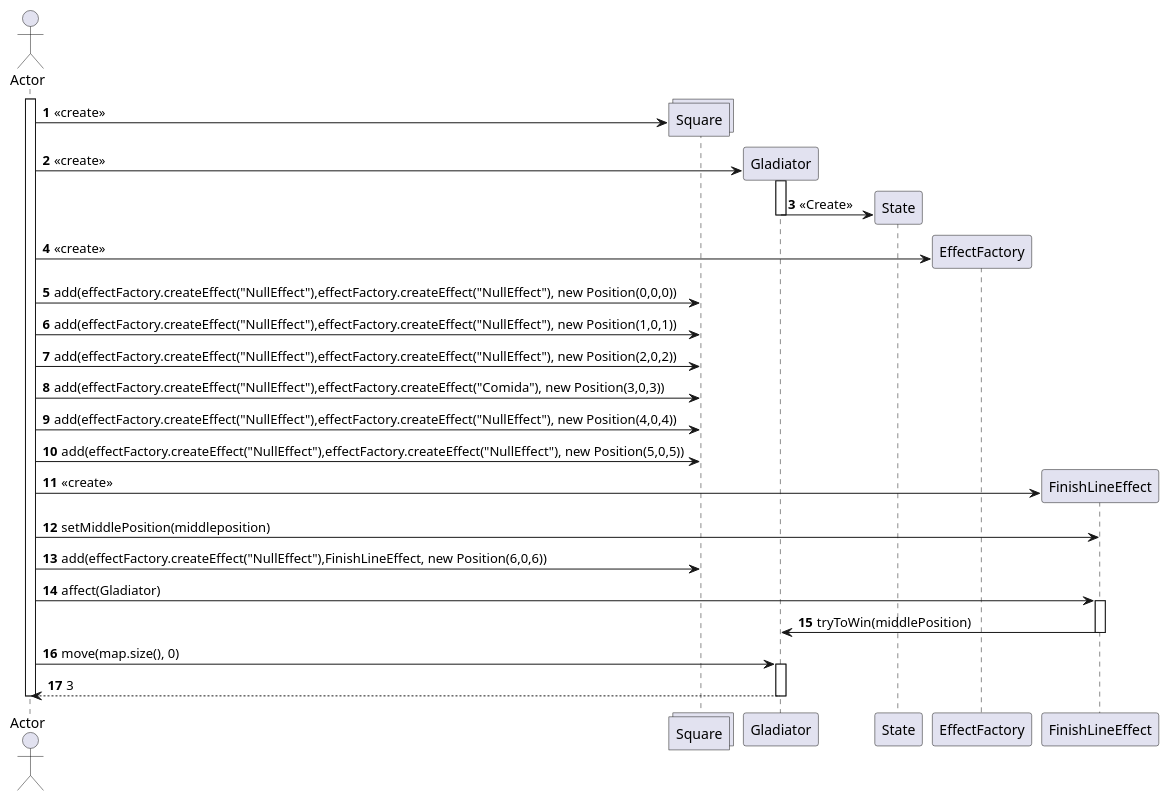
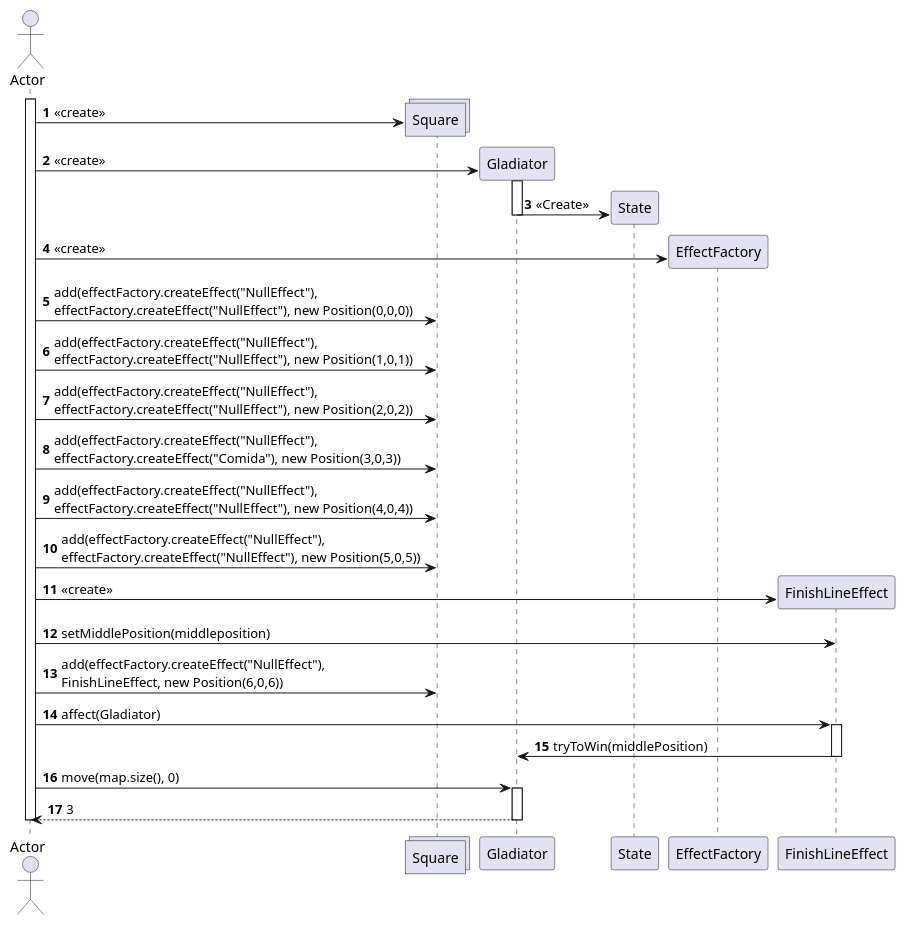
One commit to PabloGCH/tp2-algo3 changed the diagram in diagrams/sequences/useCase09.plantuml. Above: the diagram before and after it, drawn with PlantUML. The commit also changed 8 other files, not shown here.

Commit message:
MultiLines in sequence diagrams

```diff
--- a/diagrams/sequences/useCase09.plantuml
+++ b/diagrams/sequences/useCase09.plantuml
@@ -1,39 +1,39 @@
 @startuml
 autonumber
 actor Actor
 activate Actor
 create collections Square
 Actor -> Square: <<create>>
 
 create  Gladiator
 Actor -> Gladiator: <<create>>
 activate Gladiator
     create State
     Gladiator -> State : <<Create>> 
 deactivate Gladiator
 
 create EffectFactory
 Actor -> EffectFactory: <<create>>
-Actor -> Square: add(effectFactory.createEffect("NullEffect"),effectFactory.createEffect("NullEffect"), new Position(0,0,0))
-Actor -> Square: add(effectFactory.createEffect("NullEffect"),effectFactory.createEffect("NullEffect"), new Position(1,0,1))
-Actor -> Square: add(effectFactory.createEffect("NullEffect"),effectFactory.createEffect("NullEffect"), new Position(2,0,2))
-Actor -> Square: add(effectFactory.createEffect("NullEffect"),effectFactory.createEffect("Comida"), new Position(3,0,3))
-Actor -> Square: add(effectFactory.createEffect("NullEffect"),effectFactory.createEffect("NullEffect"), new Position(4,0,4))
-Actor -> Square: add(effectFactory.createEffect("NullEffect"),effectFactory.createEffect("NullEffect"), new Position(5,0,5))
+Actor -> Square: add(effectFactory.createEffect("NullEffect"),\neffectFactory.createEffect("NullEffect"), new Position(0,0,0))
+Actor -> Square: add(effectFactory.createEffect("NullEffect"),\neffectFactory.createEffect("NullEffect"), new Position(1,0,1))
+Actor -> Square: add(effectFactory.createEffect("NullEffect"),\neffectFactory.createEffect("NullEffect"), new Position(2,0,2))
+Actor -> Square: add(effectFactory.createEffect("NullEffect"),\neffectFactory.createEffect("Comida"), new Position(3,0,3))
+Actor -> Square: add(effectFactory.createEffect("NullEffect"),\neffectFactory.createEffect("NullEffect"), new Position(4,0,4))
+Actor -> Square: add(effectFactory.createEffect("NullEffect"),\neffectFactory.createEffect("NullEffect"), new Position(5,0,5))
 
 create FinishLineEffect
 Actor -> FinishLineEffect: <<create>>
 Actor -> FinishLineEffect: setMiddlePosition(middleposition)
-Actor -> Square: add(effectFactory.createEffect("NullEffect"),FinishLineEffect, new Position(6,0,6))
+Actor -> Square: add(effectFactory.createEffect("NullEffect"),\nFinishLineEffect, new Position(6,0,6))
 
 Actor -> FinishLineEffect: affect(Gladiator)
 activate FinishLineEffect
     FinishLineEffect -> Gladiator: tryToWin(middlePosition)
 deactivate FinishLineEffect
 
 Actor -> Gladiator: move(map.size(), 0)
 activate Gladiator
     Gladiator --> Actor: 3
 deactivate Gladiator
 deactivate Actor
 @enduml
```
